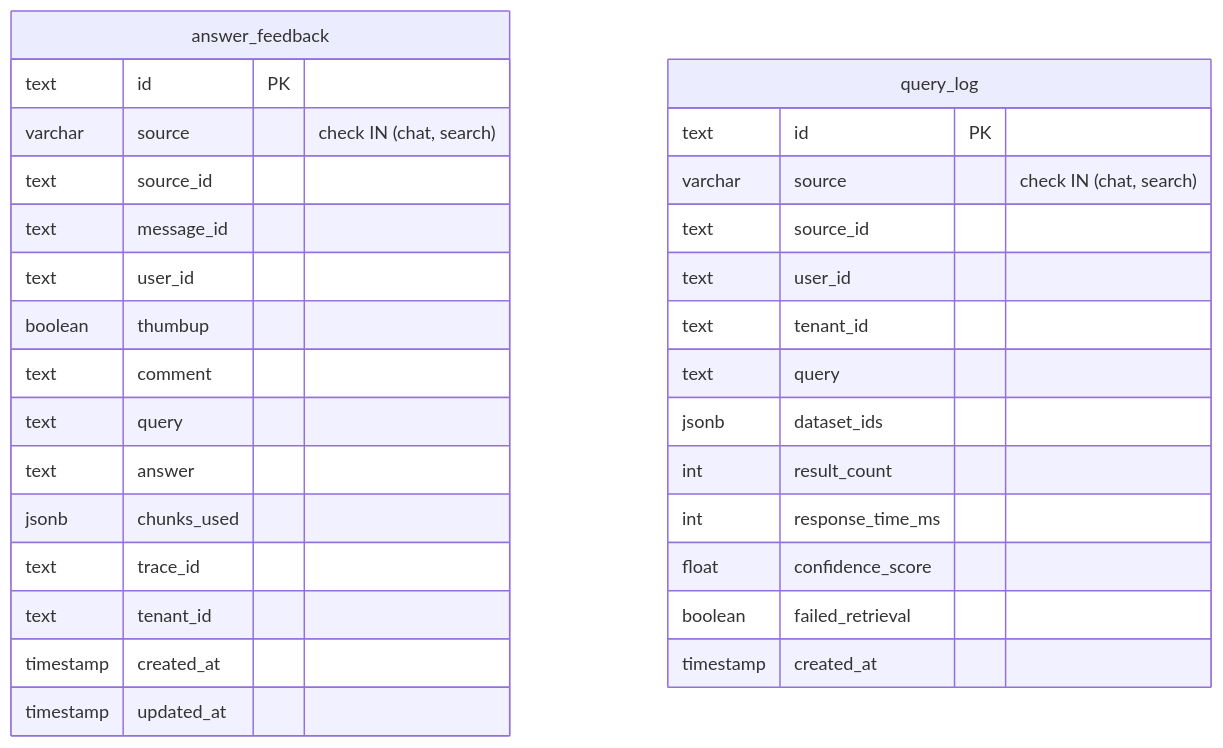
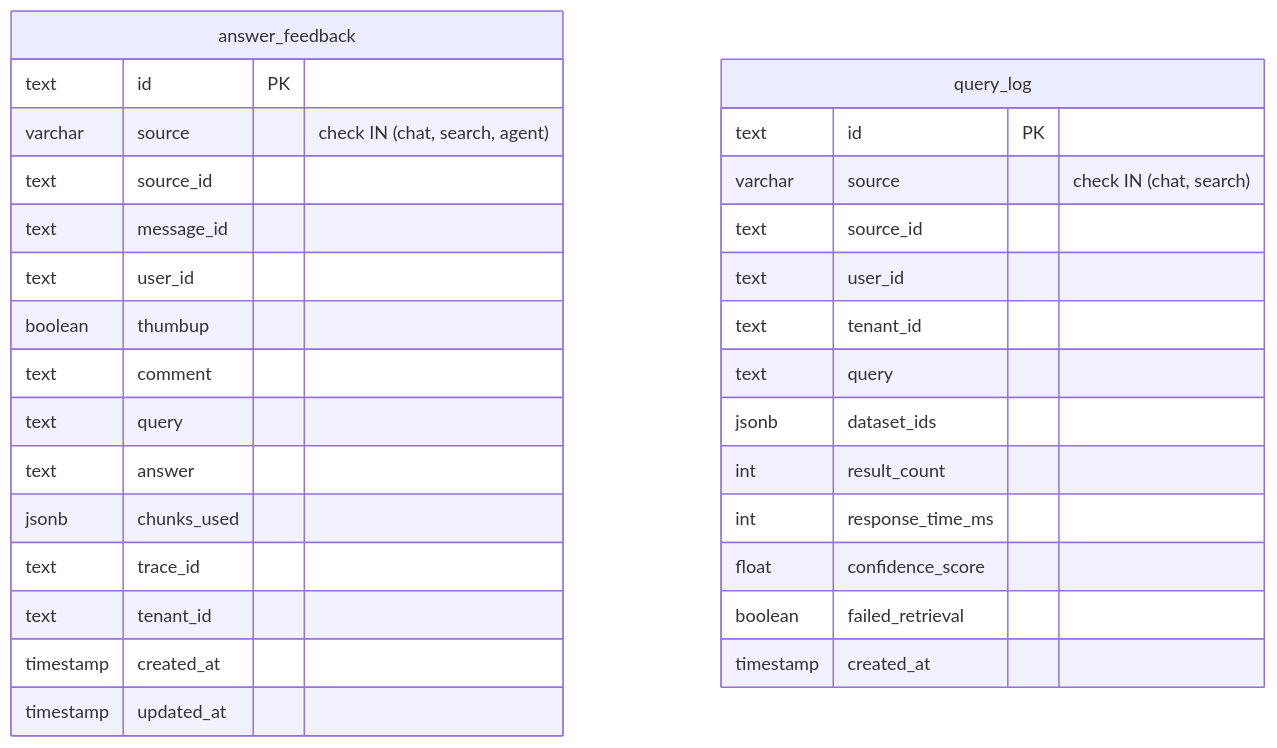
One commit to b-knowledge-solution/b-knowledge changed the fourth of 4 diagrams in docs/basic-design/database/database-design-chat-search.md. Above: the diagram before and after it, drawn with Mermaid. The commit also changed 10 other files, not shown here.

````diff
--- a/docs/basic-design/database/database-design-chat-search.md
+++ b/docs/basic-design/database/database-design-chat-search.md
@@ -184,34 +184,34 @@
 ```mermaid
 erDiagram
     answer_feedback {
         text id PK
-        varchar source "check IN (chat, search)"
+        varchar source "check IN (chat, search, agent)"
         text source_id
         text message_id
         text user_id
         boolean thumbup
         text comment
         text query
         text answer
         jsonb chunks_used
         text trace_id
         text tenant_id
         timestamp created_at
         timestamp updated_at
     }
 
     query_log {
         text id PK
         varchar source "check IN (chat, search)"
         text source_id
         text user_id
         text tenant_id
         text query
         jsonb dataset_ids
         int result_count
         int response_time_ms
         float confidence_score
         boolean failed_retrieval
         timestamp created_at
     }
 ```
````
